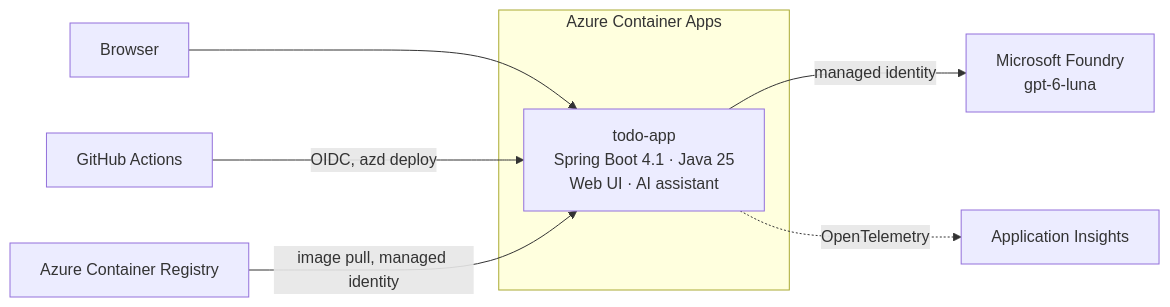
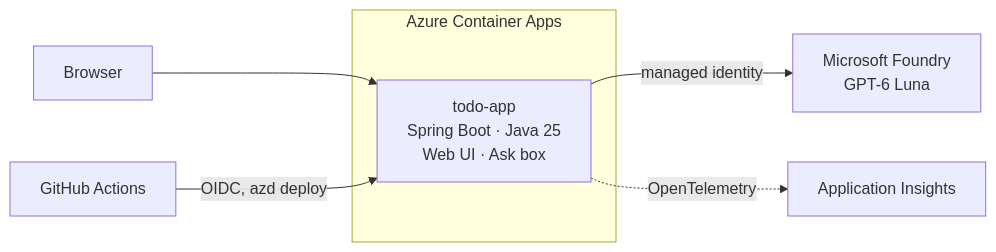
Before and after one commit to roryp/java-modernization-foundry: the second of 2 diagrams in README.md, drawn with Mermaid. The commit also changed other lines of this file and 2 other files, not shown here.

````diff
--- a/README.md
+++ b/README.md
@@ -46,11 +43,10 @@
 ```mermaid
 flowchart LR
     user["Browser"] --> app
     gh["GitHub Actions"] -->|OIDC, azd deploy| app
     subgraph aca["Azure Container Apps"]
-        app["todo-app<br/>Spring Boot 4.1 · Java 25<br/>Web UI · AI assistant"]
+        app["todo-app<br/>Spring Boot · Java 25<br/>Web UI · Ask box"]
     end
-    acr["Azure Container Registry"] -->|image pull, managed identity| app
-    app -->|managed identity| luna["Microsoft Foundry<br/>gpt-6-luna"]
+    app -->|managed identity| luna["Microsoft Foundry<br/>GPT-6 Luna"]
     app -.->|OpenTelemetry| appi["Application Insights"]
 ```
````
